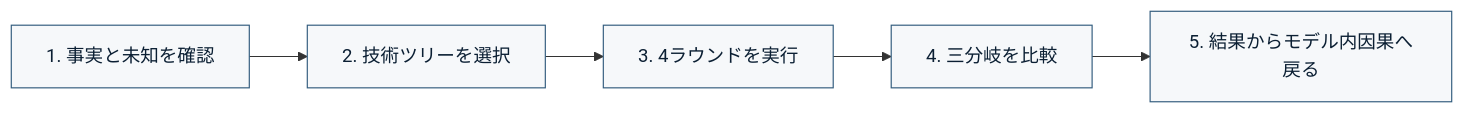
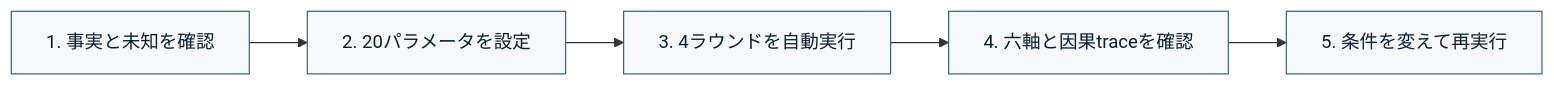
One commit to nexus-ai-2045/space-civilization-choice changed the second of 2 diagrams in README.md. Above: the diagram before and after it, drawn with Mermaid. The commit also changed other lines of this file, not shown here.

````diff
--- a/README.md
+++ b/README.md
@@ -93,10 +93,10 @@
 ```mermaid
 flowchart LR
-  P1["1. 事実と未知を確認"] --> P2["2. 技術ツリーを選択"]
-  P2 --> P3["3. 4ラウンドを実行"]
-  P3 --> P4["4. 三分岐を比較"]
-  P4 --> P5["5. 結果からモデル内因果へ戻る"]
+  P1["1. 事実と未知を確認"] --> P2["2. 20パラメータを設定"]
+  P2 --> P3["3. 4ラウンドを自動実行"]
+  P3 --> P4["4. 六軸と因果traceを確認"]
+  P4 --> P5["5. 条件を変えて再実行"]
 
   classDef step fill:#f6f8fa,stroke:#315b7d,color:#0b1f33;
   class P1,P2,P3,P4,P5 step;
 ```
````
